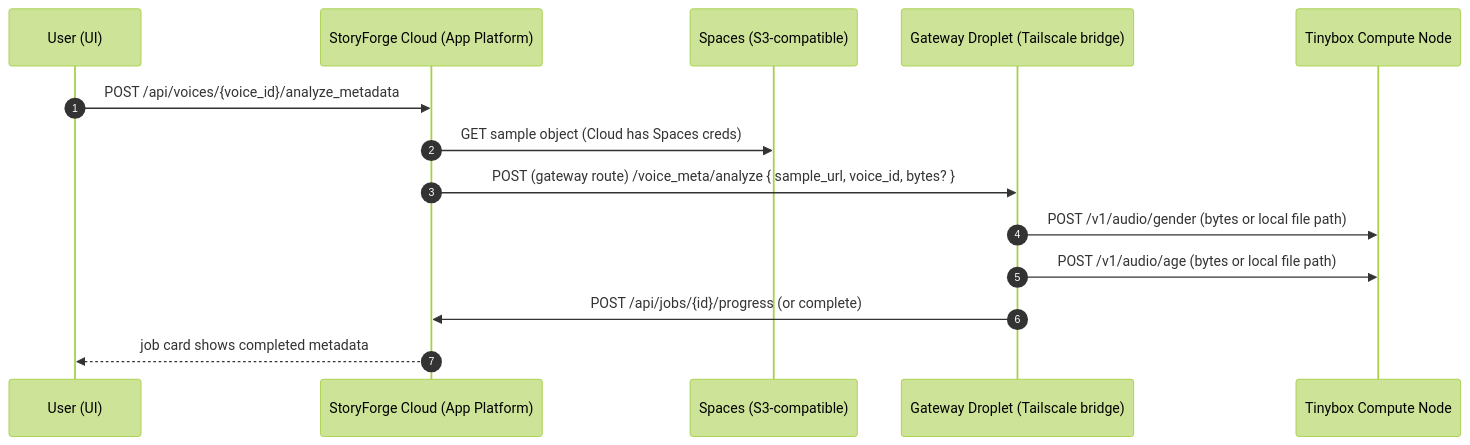
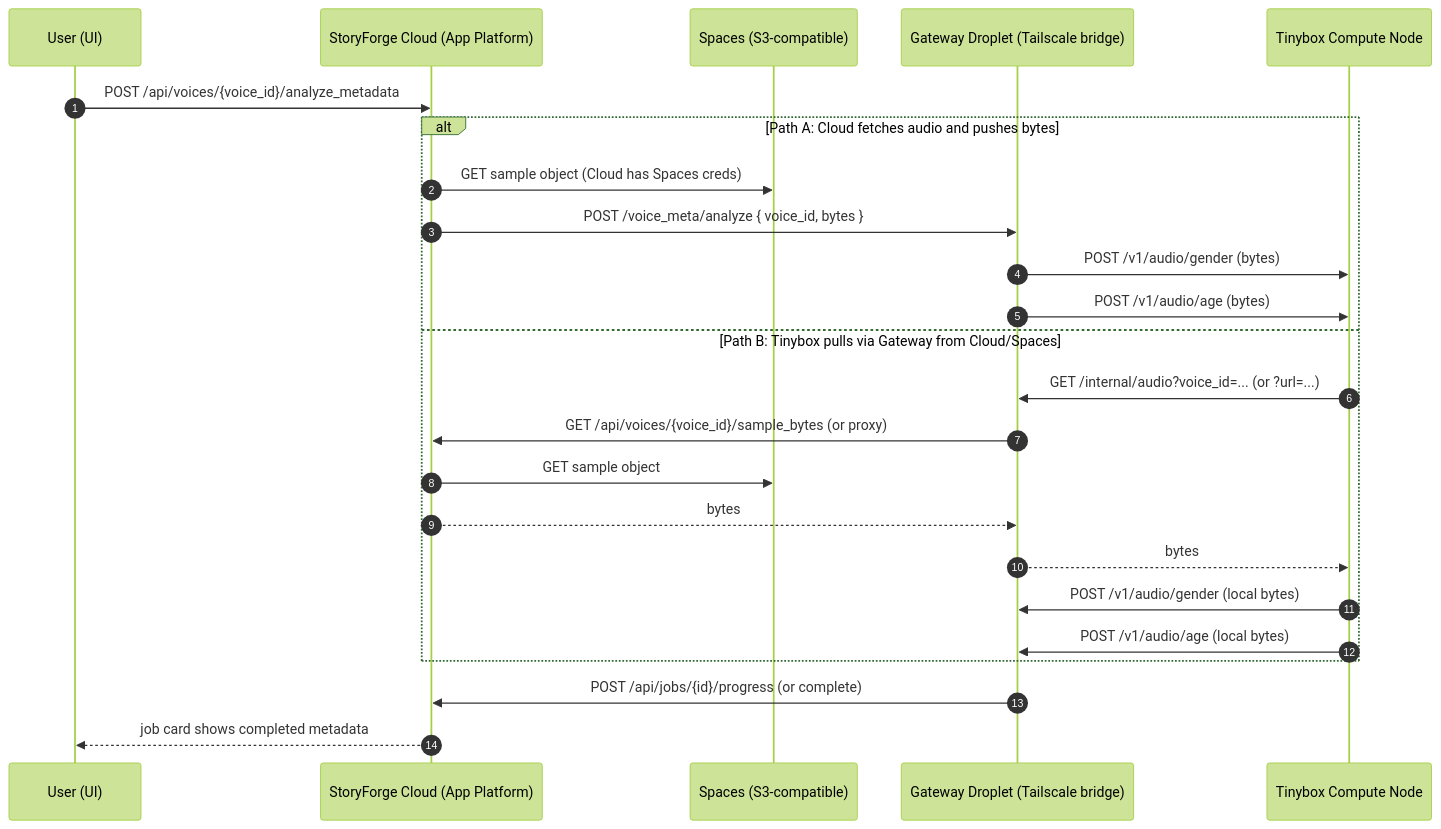
Before and after one commit to I0Q/storyforge: the first of 3 diagrams in docs/infra.md, drawn with Mermaid (forest theme). The commit also changed other lines of this file, not shown here.

Commit message:
docs(infra): show optional Tinybox->Gateway->Cloud fetch path for audio

````diff
--- a/docs/infra.md
+++ b/docs/infra.md
@@ -52,17 +56,29 @@
 ```mermaid
 sequenceDiagram
   autonumber
   participant U as User (UI)
   participant SF as StoryForge Cloud (App Platform)
   participant SP as Spaces (S3-compatible)
   participant GW as Gateway Droplet (Tailscale bridge)
   participant TB as Tinybox Compute Node
 
   U->>SF: POST /api/voices/{voice_id}/analyze_metadata
-  SF->>SP: GET sample object (Cloud has Spaces creds)
-  SF->>GW: POST (gateway route) /voice_meta/analyze { sample_url, voice_id, bytes? }
-  GW->>TB: POST /v1/audio/gender (bytes or local file path)
-  GW->>TB: POST /v1/audio/age (bytes or local file path)
+
+  alt Path A: Cloud fetches audio and pushes bytes
+    SF->>SP: GET sample object (Cloud has Spaces creds)
+    SF->>GW: POST /voice_meta/analyze { voice_id, bytes }
+    GW->>TB: POST /v1/audio/gender (bytes)
+    GW->>TB: POST /v1/audio/age (bytes)
+  else Path B: Tinybox pulls via Gateway from Cloud/Spaces
+    TB->>GW: GET /internal/audio?voice_id=... (or ?url=...)
+    GW->>SF: GET /api/voices/{voice_id}/sample_bytes (or proxy)
+    SF->>SP: GET sample object
+    SF-->>GW: bytes
+    GW-->>TB: bytes
+    TB->>GW: POST /v1/audio/gender (local bytes)
+    TB->>GW: POST /v1/audio/age (local bytes)
+  end
+
   GW->>SF: POST /api/jobs/{id}/progress (or complete)
   SF-->>U: job card shows completed metadata
 ```
````
